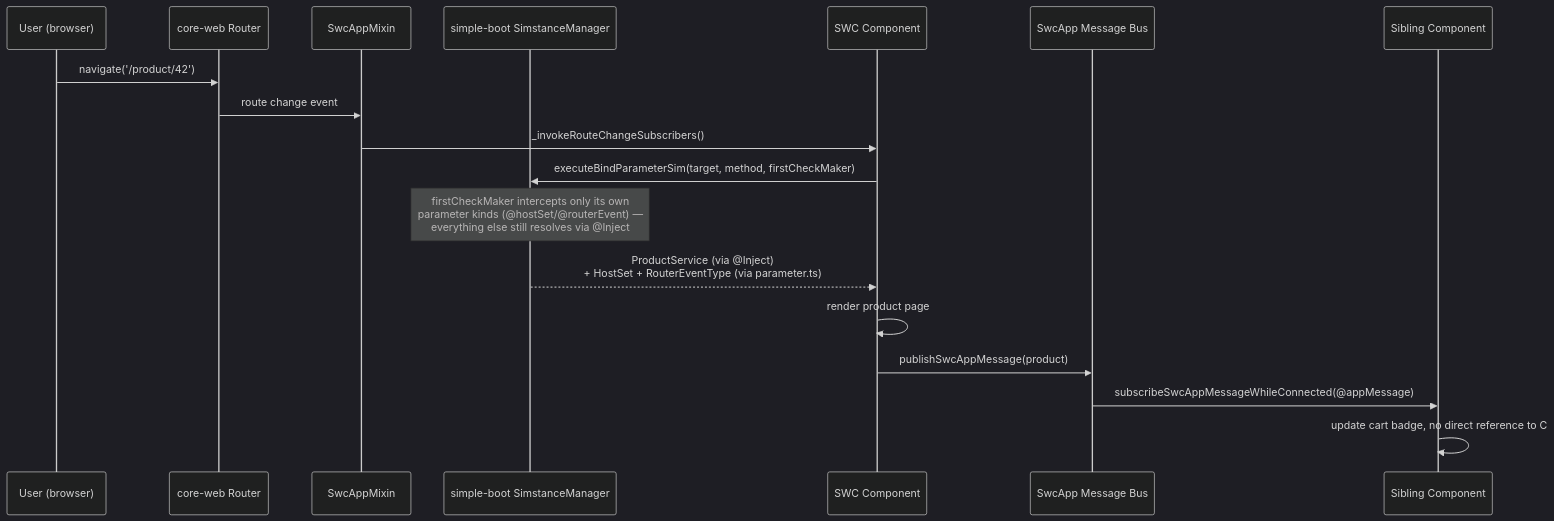
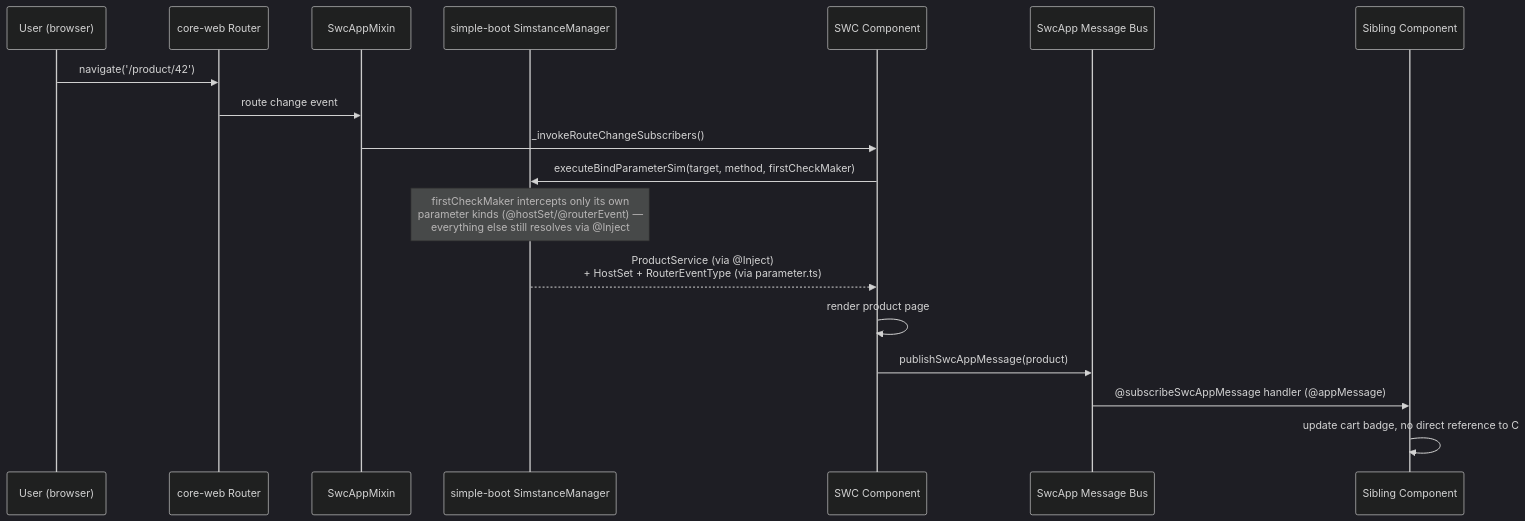
Before and after one commit to dooboostore-develop/packages: the second of 3 diagrams in README.MD, drawn with Mermaid (dark theme). The commit also changed other lines of this file and 42 other files, not shown here.

````diff
--- a/README.MD
+++ b/README.MD
@@ -91,21 +91,21 @@
 ```mermaid
 sequenceDiagram
     participant U as User (browser)
     participant R as core-web Router
     participant M as SwcAppMixin
     participant DI as simple-boot SimstanceManager
     participant C as SWC Component
     participant Bus as SwcApp Message Bus
     participant O as Sibling Component
 
     U->>R: navigate('/product/42')
     R->>M: route change event
     M->>C: _invokeRouteChangeSubscribers()
     C->>DI: executeBindParameterSim(target, method, firstCheckMaker)
     Note over DI: firstCheckMaker intercepts only its own<br/>parameter kinds (@hostSet/@routerEvent) —<br/>everything else still resolves via @Inject
     DI-->>C: ProductService (via @Inject)<br/>+ HostSet + RouterEventType (via parameter.ts)
     C->>C: render product page
     C->>Bus: publishSwcAppMessage(product)
-    Bus->>O: subscribeSwcAppMessageWhileConnected(@appMessage)
+    Bus->>O: @subscribeSwcAppMessage handler (@appMessage)
     O->>O: update cart badge, no direct reference to C
 ```
````
